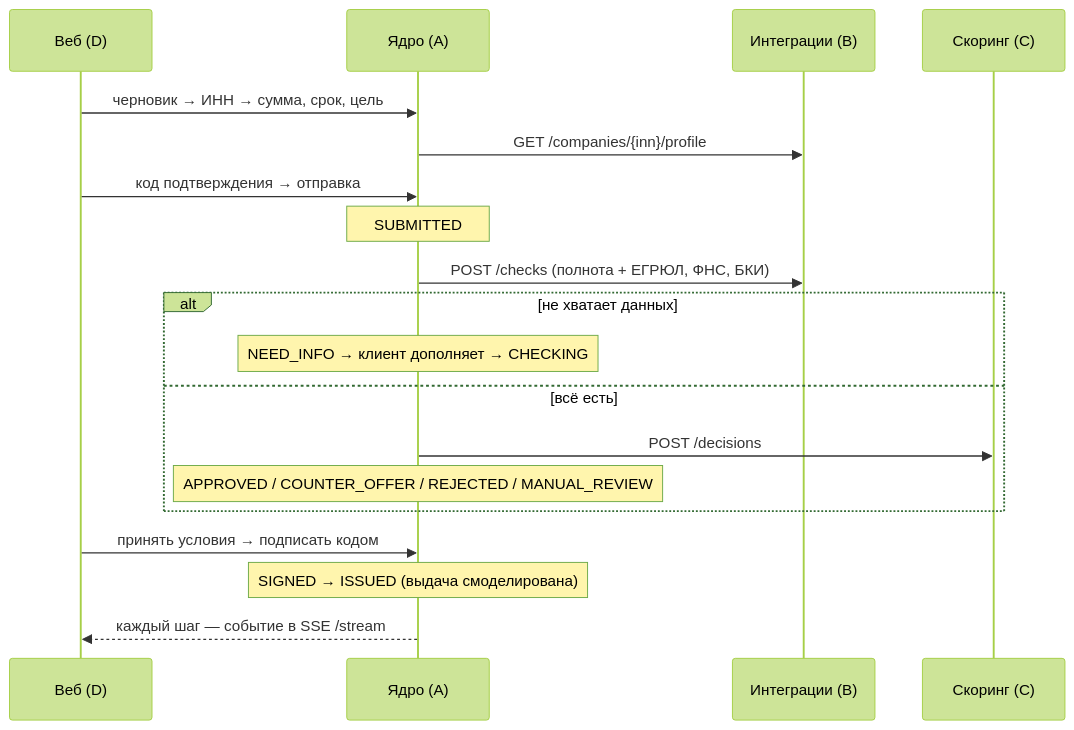
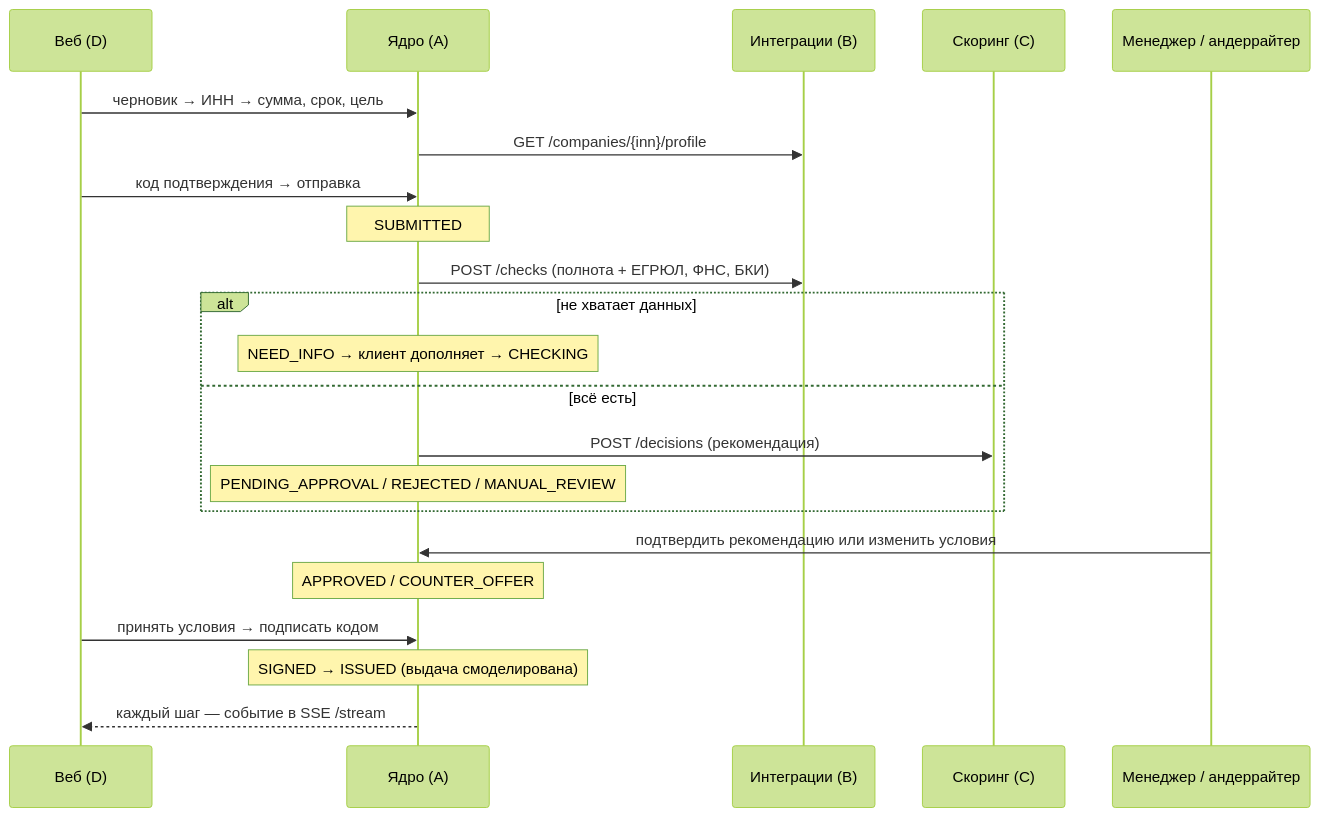
One commit to Razer2023/alfa-hack-credit-cabinet changed the diagram in docs/architecture/core.md. Above: the diagram before and after it, drawn with Mermaid (forest theme). The commit also changed other lines of this file and 22 other files, not shown here.

````diff
--- a/docs/architecture/core.md
+++ b/docs/architecture/core.md
@@ -15,21 +16,24 @@
 ```mermaid
 sequenceDiagram
     participant W as Веб (D)
     participant C as Ядро (A)
     participant B as Интеграции (B)
     participant S as Скоринг (C)
+    participant M as Менеджер / андеррайтер
     W->>C: черновик → ИНН → сумма, срок, цель
     C->>B: GET /companies/{inn}/profile
     W->>C: код подтверждения → отправка
     Note over C: SUBMITTED
     C->>B: POST /checks (полнота + ЕГРЮЛ, ФНС, БКИ)
     alt не хватает данных
         Note over C: NEED_INFO → клиент дополняет → CHECKING
     else всё есть
-        C->>S: POST /decisions
-        Note over C: APPROVED / COUNTER_OFFER / REJECTED / MANUAL_REVIEW
+        C->>S: POST /decisions (рекомендация)
+        Note over C: PENDING_APPROVAL / REJECTED / MANUAL_REVIEW
     end
+    M->>C: подтвердить рекомендацию или изменить условия
+    Note over C: APPROVED / COUNTER_OFFER
     W->>C: принять условия → подписать кодом
     Note over C: SIGNED → ISSUED (выдача смоделирована)
     C-->>W: каждый шаг — событие в SSE /stream
 ```
````
